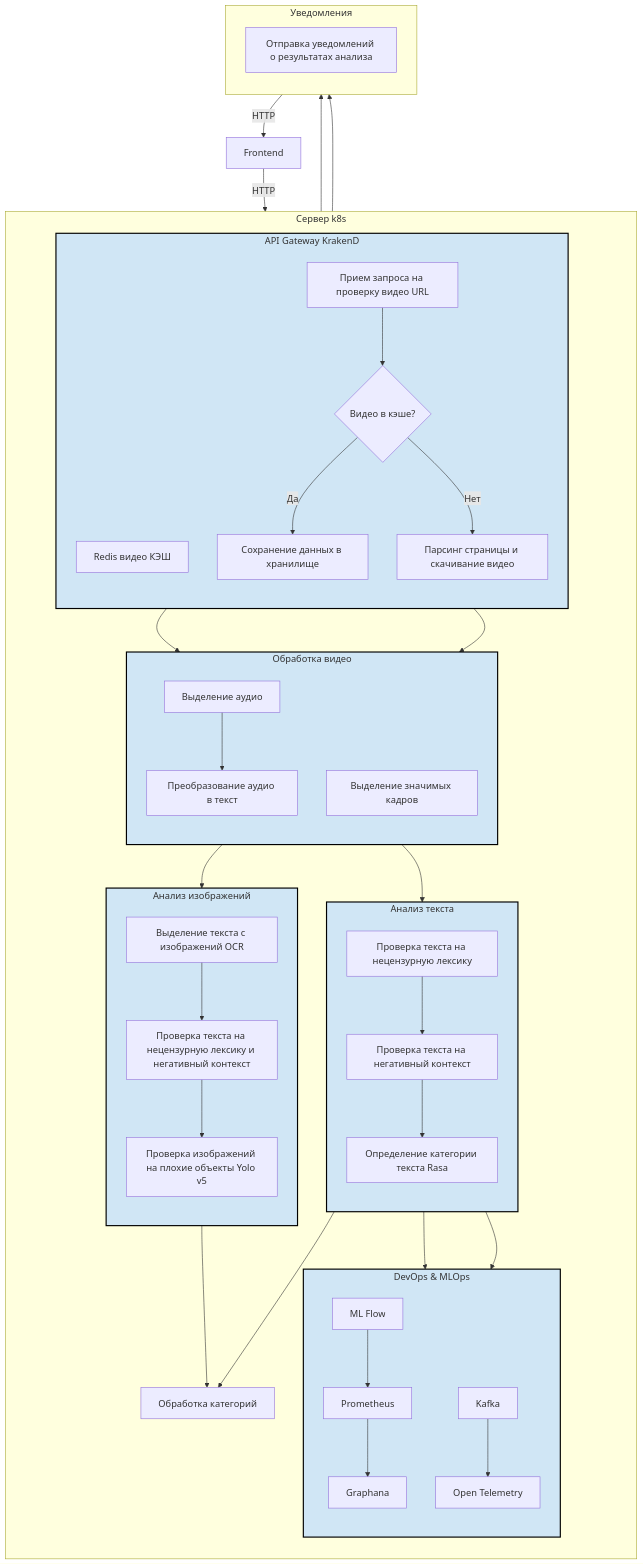
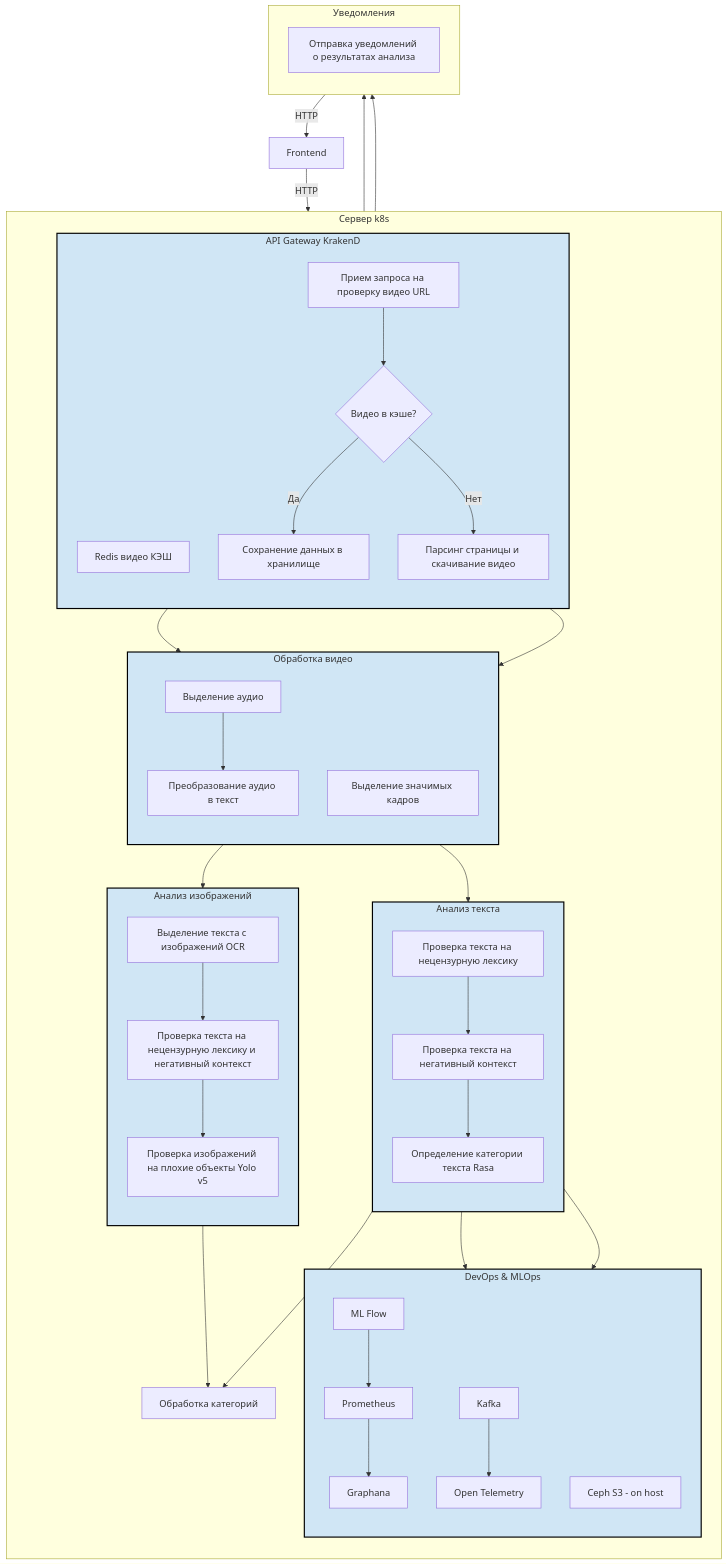
Before and after one commit to top-secret-hack-for-aqaua/smart-filter-solution: the diagram in README.md, drawn with Mermaid.

Commit message:
docs upd: added s3 ceph in system design

```diff
--- a/README.md
+++ b/README.md
@@ -42,6 +42,7 @@
             MLF[ML Flow]
             OT[Open Telemetry]
             Kafka
+            s3[Ceph S3 - on host]
         end
 
         Acolision[Обработка категорий]
```
